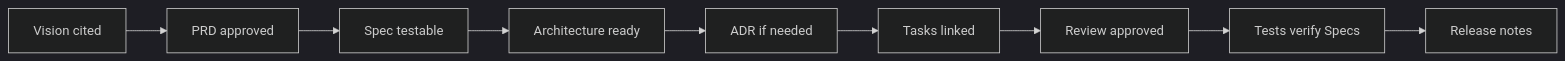
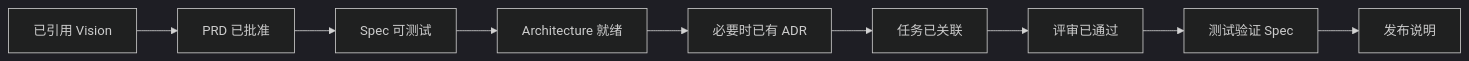
One commit to LeapMaCoder/ai-engineer-os changed the second of 2 diagrams in docs/07_Development/Development_Workflow.md. Above: the diagram before and after it, drawn with Mermaid (dark theme). The commit also changed other lines of this file and 75 other files, not shown here.

````diff
--- a/docs/07_Development/Development_Workflow.md
+++ b/docs/07_Development/Development_Workflow.md
@@ -119,11 +120,11 @@
 ```mermaid
 flowchart LR
-  G1[Vision cited] --> G2[PRD approved]
-  G2 --> G3[Spec testable]
-  G3 --> G4[Architecture ready]
-  G4 --> G5[ADR if needed]
-  G5 --> G6[Tasks linked]
-  G6 --> G7[Review approved]
-  G7 --> G8[Tests verify Specs]
-  G8 --> G9[Release notes]
+  G1[已引用 Vision] --> G2[PRD 已批准]
+  G2 --> G3[Spec 可测试]
+  G3 --> G4[Architecture 就绪]
+  G4 --> G5[必要时已有 ADR]
+  G5 --> G6[任务已关联]
+  G6 --> G7[评审已通过]
+  G7 --> G8[测试验证 Spec]
+  G8 --> G9[发布说明]
 ```
````
